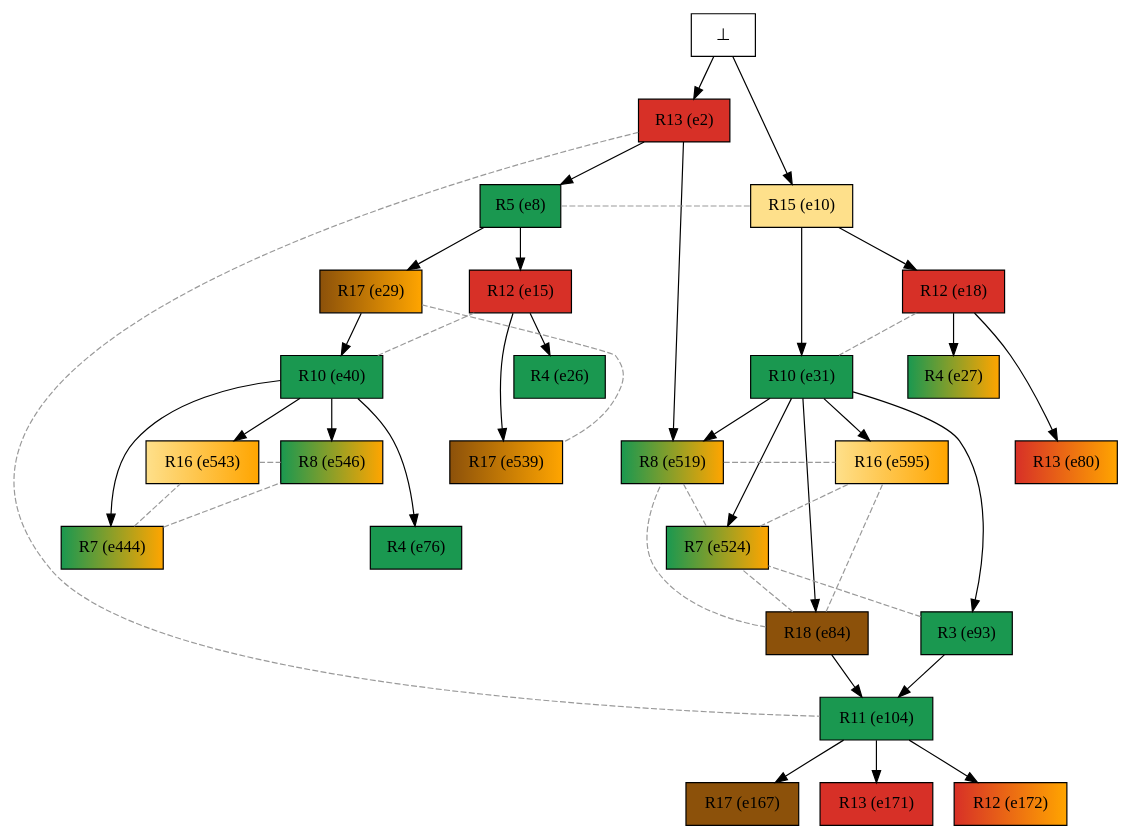
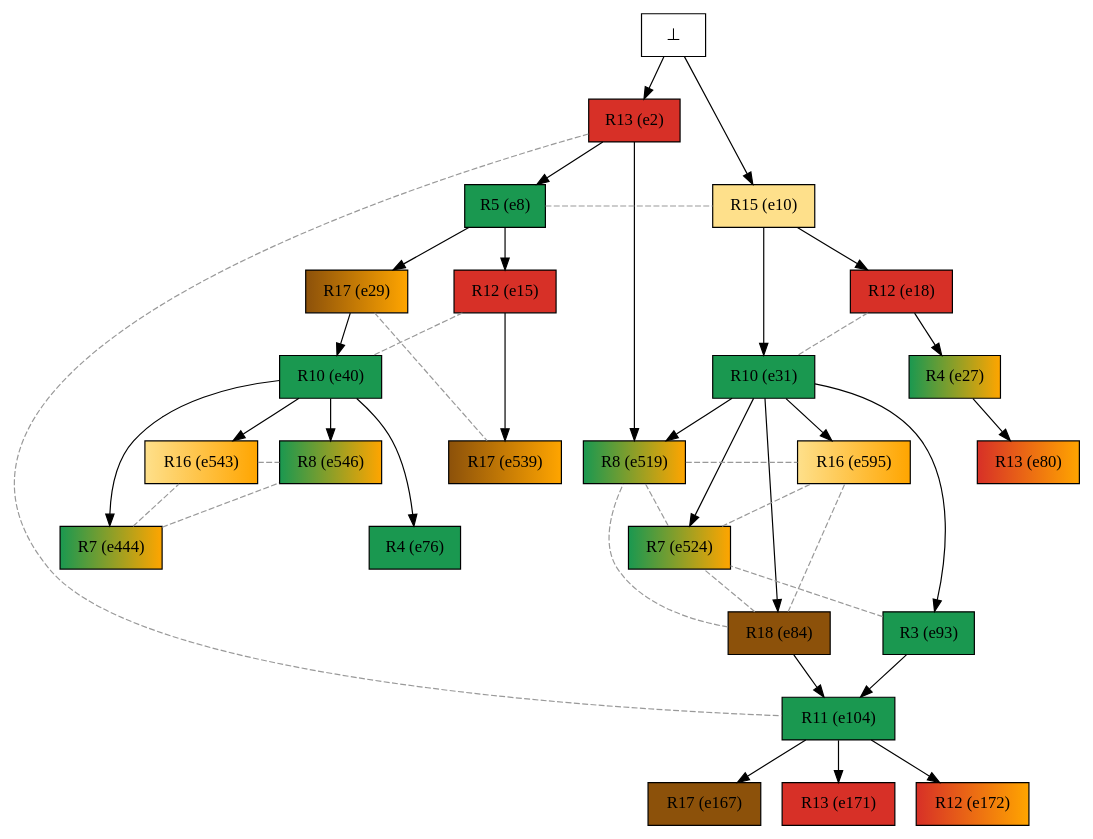
The diagram in examples/oursin_tasmanie/mrk_instances/alg2urc/sorted/tasmanie_alg2urc_16-26confs/tasmanie_alg2urc_16-26confs_colored_pathway.dot (giannkas/ecofolder), drawn with Graphviz before and after one commit. The commit also changed 41 other files, not shown here.

```diff
--- a/examples/oursin_tasmanie/mrk_instances/alg2urc/sorted/tasmanie_alg2urc_16-26confs/tasmanie_alg2urc_16-26confs_colored_pathway.dot
+++ b/examples/oursin_tasmanie/mrk_instances/alg2urc/sorted/tasmanie_alg2urc_16-26confs/tasmanie_alg2urc_16-26confs_colored_pathway.dot
@@ -1,74 +1,72 @@
 digraph test {
 
 //conflicts
   e2 -> e104 [arrowhead=none color=gray60 style=dashed constraint=false];
   e8 -> e10 [arrowhead=none color=gray60 style=dashed constraint=false];
   e15 -> e40 [arrowhead=none color=gray60 style=dashed constraint=false];
   e18 -> e31 [arrowhead=none color=gray60 style=dashed constraint=false];
   e29 -> e539 [arrowhead=none color=gray60 style=dashed constraint=false];
   e84 -> e519 [arrowhead=none color=gray60 style=dashed constraint=false];
   e84 -> e524 [arrowhead=none color=gray60 style=dashed constraint=false];
   e84 -> e595 [arrowhead=none color=gray60 style=dashed constraint=false];
   e93 -> e524 [arrowhead=none color=gray60 style=dashed constraint=false];
   e444 -> e543 [arrowhead=none color=gray60 style=dashed constraint=false];
   e444 -> e546 [arrowhead=none color=gray60 style=dashed constraint=false];
   e519 -> e524 [arrowhead=none color=gray60 style=dashed constraint=false];
   e519 -> e595 [arrowhead=none color=gray60 style=dashed constraint=false];
   e524 -> e595 [arrowhead=none color=gray60 style=dashed constraint=false];
   e543 -> e546 [arrowhead=none color=gray60 style=dashed constraint=false];
 
-  e15 -> e26 [minlen=1];
-  e8 -> e15 [minlen=1];
-  e2 -> e8 [minlen=1];
   e18 -> e27 [minlen=1];
   e10 -> e18 [minlen=1];
   e8 -> e29 [minlen=1];
+  e2 -> e8 [minlen=1];
   e40 -> e76 [minlen=2];
   e29 -> e40 [minlen=1];
-  e18 -> e80 [minlen=2];
+  e27 -> e80 [minlen=1];
   e104 -> e167 [minlen=1];
   e84 -> e104 [minlen=1];
   e31 -> e84 [minlen=3];
   e10 -> e31 [minlen=2];
   e93 -> e104 [minlen=1];
   e31 -> e93 [minlen=3];
   e104 -> e171 [minlen=1];
   e104 -> e172 [minlen=1];
   e40 -> e444 [minlen=2];
   e2 -> e519 [minlen=1];
   e31 -> e519 [minlen=1];
   e31 -> e524 [minlen=2];
   e15 -> e539 [minlen=2];
+  e8 -> e15 [minlen=1];
   e40 -> e543 [minlen=1];
   e40 -> e546 [minlen=1];
   e31 -> e595 [minlen=1];
   e0 -> e2 [minlen=1];
   e0 -> e10 [minlen=2];
 
   e2 [color="black" fillcolor="#d73027:#d73027" label="R13 (e2)" shape=box style=filled];
   e8 [color="black" fillcolor="#1a9850:#1a9850" label="R5 (e8)" shape=box style=filled];
   e10 [color="black" fillcolor="#fee08b:#fee08b" label="R15 (e10)" shape=box style=filled];
   e15 [color="black" fillcolor="#d73027:#d73027" label="R12 (e15)" shape=box style=filled];
   e18 [color="black" fillcolor="#d73027:#d73027" label="R12 (e18)" shape=box style=filled];
-  e26 [color="black" fillcolor="#1a9850:#1a9850" label="R4 (e26)" shape=box style=filled];
   e27 [color="black" fillcolor="#1a9850:orange" label="R4 (e27)" shape=box style=filled];
   e29 [color="black" fillcolor="#8c510a:orange" label="R17 (e29)" shape=box style=filled];
   e31 [color="black" fillcolor="#1a9850:#1a9850" label="R10 (e31)" shape=box style=filled];
   e40 [color="black" fillcolor="#1a9850:#1a9850" label="R10 (e40)" shape=box style=filled];
   e76 [color="black" fillcolor="#1a9850:#1a9850" label="R4 (e76)" shape=box style=filled];
   e80 [color="black" fillcolor="#d73027:orange" label="R13 (e80)" shape=box style=filled];
   e84 [color="black" fillcolor="#8c510a:#8c510a" label="R18 (e84)" shape=box style=filled];
   e93 [color="black" fillcolor="#1a9850:#1a9850" label="R3 (e93)" shape=box style=filled];
   e104 [color="black" fillcolor="#1a9850:#1a9850" label="R11 (e104)" shape=box style=filled];
   e167 [color="black" fillcolor="#8c510a:#8c510a" label="R17 (e167)" shape=box style=filled];
   e171 [color="black" fillcolor="#d73027:#d73027" label="R13 (e171)" shape=box style=filled];
   e172 [color="black" fillcolor="#d73027:orange" label="R12 (e172)" shape=box style=filled];
   e444 [color="black" fillcolor="#1a9850:orange" label="R7 (e444)" shape=box style=filled];
   e519 [color="black" fillcolor="#1a9850:orange" label="R8 (e519)" shape=box style=filled];
   e524 [color="black" fillcolor="#1a9850:orange" label="R7 (e524)" shape=box style=filled];
   e539 [color="black" fillcolor="#8c510a:orange" label="R17 (e539)" shape=box style=filled];
   e543 [color="black" fillcolor="#fee08b:orange" label="R16 (e543)" shape=box style=filled];
   e546 [color="black" fillcolor="#1a9850:orange" label="R8 (e546)" shape=box style=filled];
   e595 [color="black" fillcolor="#fee08b:orange" label="R16 (e595)" shape=box style=filled];
   e0 [fillcolor="white" label="⊥" shape=box style=filled];
 }
```
